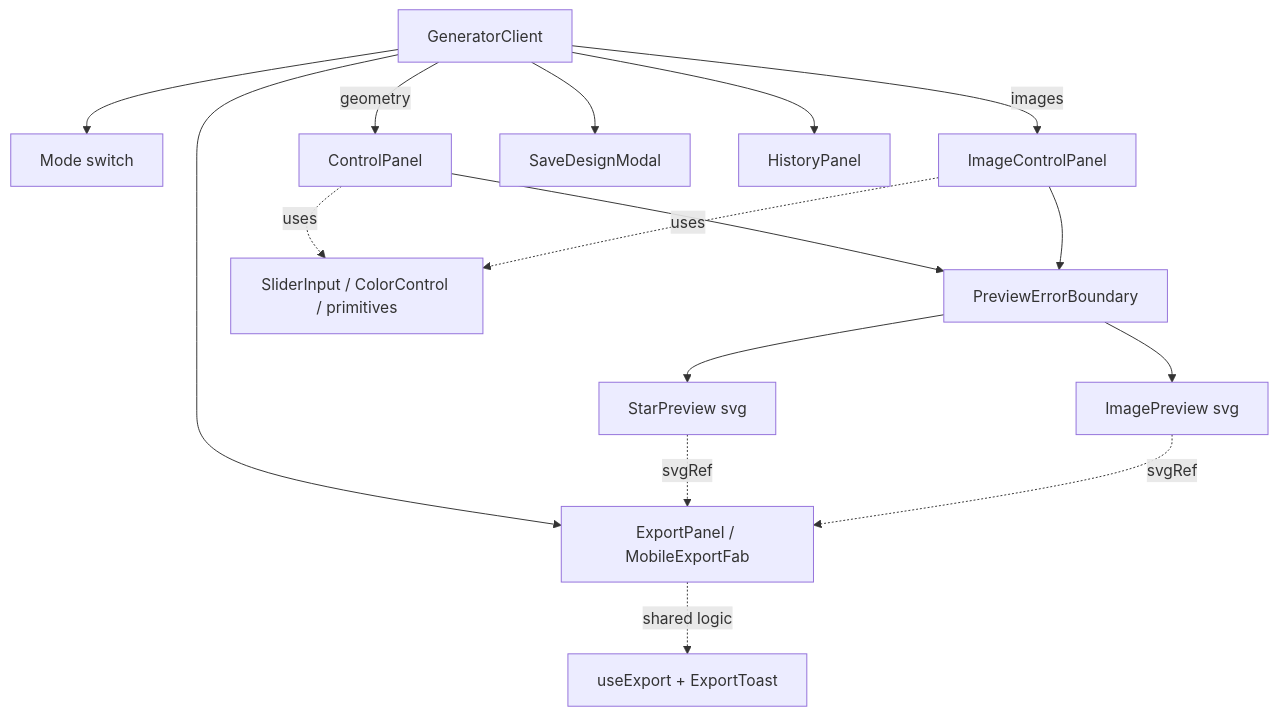
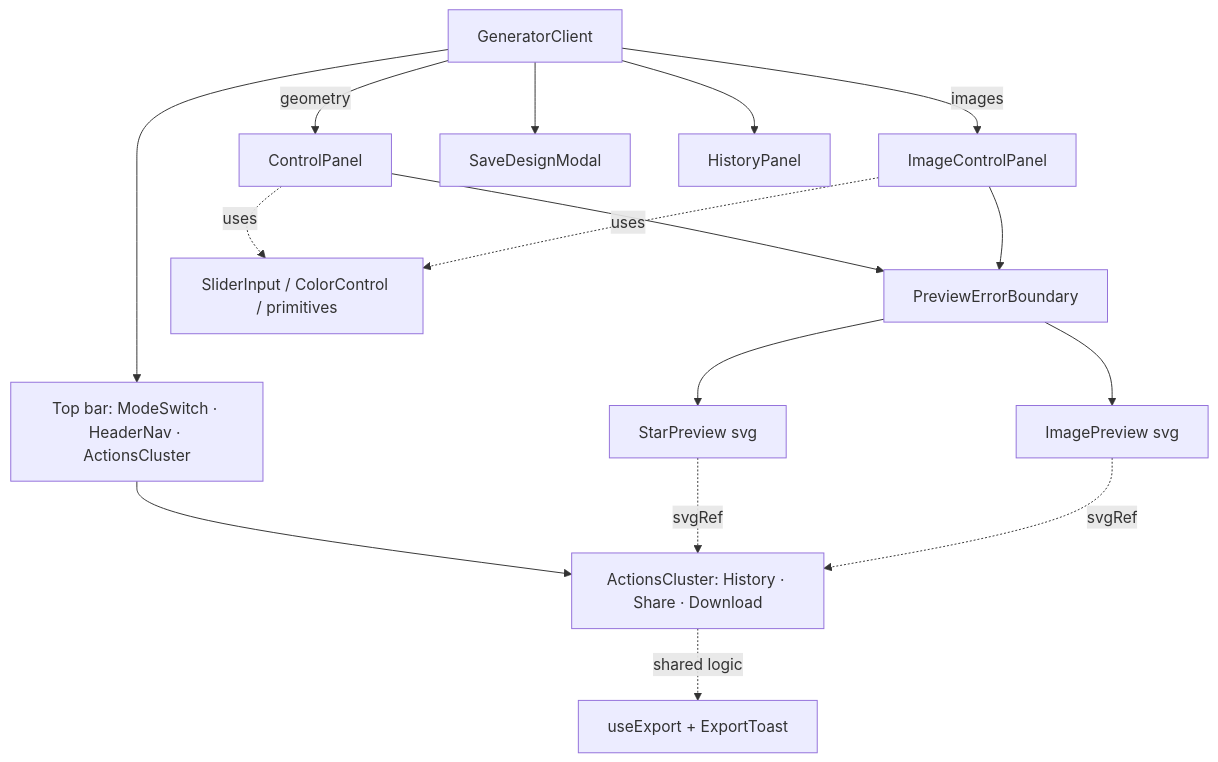
One commit to n-wlm/ninestargen changed the second of 2 diagrams in docs/sections/20-architecture.md. Above: the diagram before and after it, drawn with Mermaid. The commit also changed other lines of this file and 16 other files, not shown here.

First line of the commit message:
Layout redesign R1: unified header (mode switch + bundled actions)

````diff
--- a/docs/sections/20-architecture.md
+++ b/docs/sections/20-architecture.md
@@ -34,14 +34,14 @@
 ```mermaid
 flowchart TD
-  GC[GeneratorClient] --> MT[Mode switch]
+  GC[GeneratorClient] --> TB[Top bar: ModeSwitch · HeaderNav · ActionsCluster]
   GC -->|geometry| CP[ControlPanel] --> EB[PreviewErrorBoundary] --> SP[StarPreview svg]
   GC -->|images| ICP[ImageControlPanel] --> EB --> IP[ImagePreview svg]
-  GC --> EP[ExportPanel / MobileExportFab]
-  EP -.shared logic.-> UE[useExport + ExportToast]
+  TB --> AC[ActionsCluster: History · Share · Download]
+  AC -.shared logic.-> UE[useExport + ExportToast]
   GC --> SM[SaveDesignModal]
   GC --> HP[HistoryPanel]
   CP -.uses.-> SI[SliderInput / ColorControl / primitives]
   ICP -.uses.-> SI
-  SP -.svgRef.-> EP
-  IP -.svgRef.-> EP
+  SP -.svgRef.-> AC
+  IP -.svgRef.-> AC
 ```
````
